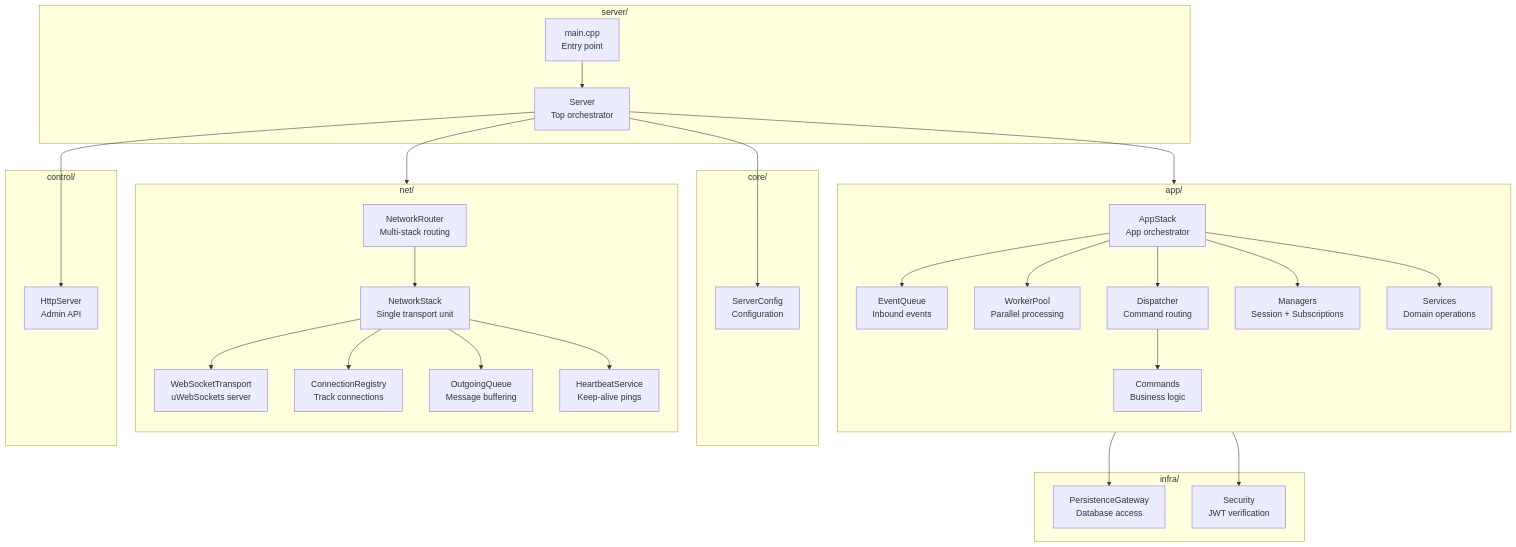
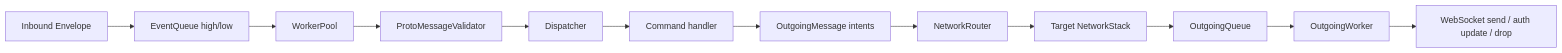
Before and after one commit to bilalkah/kergit-server: the third of 3 diagrams in architecture/system_overview.md, drawn with Mermaid. The commit also changed other lines of this file and 4 other files, not shown here.

````diff
--- a/architecture/system_overview.md
+++ b/architecture/system_overview.md
@@ -215,63 +108,14 @@
 ```mermaid
-flowchart TB
-    subgraph server["server/"]
-        MAIN[main.cpp<br/>Entry point]
-        SRV[Server<br/>Top orchestrator]
-    end
-
-    subgraph core["core/"]
-        CFG[ServerConfig<br/>Configuration]
-    end
-
-    subgraph net["net/"]
-        direction TB
-        NR[NetworkRouter<br/>Multi-stack routing]
-        NS[NetworkStack<br/>Single transport unit]
-        CR[ConnectionRegistry<br/>Track connections]
-        OQ[OutgoingQueue<br/>Message buffering]
-        WS[WebSocketTransport<br/>uWebSockets server]
-        HB[HeartbeatService<br/>Keep-alive pings]
-    end
-
-    subgraph app["app/"]
-        direction TB
-        AS[AppStack<br/>App orchestrator]
-        EQ[EventQueue<br/>Inbound events]
-        WP[WorkerPool<br/>Parallel processing]
-        DISP[Dispatcher<br/>Command routing]
-        CMDS[Commands<br/>Business logic]
-        MGR[Managers<br/>Session + Subscriptions]
-        SVC[Services<br/>Domain operations]
-    end
-
-    subgraph infra["infra/"]
-        PG[PersistenceGateway<br/>Database access]
-        SEC[Security<br/>JWT verification]
-    end
-
-    subgraph control["control/"]
-        HTTP[HttpServer<br/>Admin API]
-    end
-
-    %% Relationships
-    MAIN --> SRV
-    SRV --> AS
-    SRV --> NR
-    SRV --> HTTP
-    SRV --> CFG
-
-    NR --> NS
-    NS --> WS
-    NS --> CR
-    NS --> OQ
-    NS --> HB
-
-    AS --> EQ
-    AS --> WP
-    AS --> DISP
-    DISP --> CMDS
-    AS --> MGR
-    AS --> SVC
-    SVC --> PG
-    AS --> SEC
+flowchart LR
+    IN[Inbound Envelope] --> EQ[EventQueue high/low]
+    EQ --> WP[WorkerPool]
+    WP --> PV[ProtoMessageValidator]
+    PV --> DISP[Dispatcher]
+    DISP --> CMD[Command handler]
+    CMD --> OUT[OutgoingMessage intents]
+    OUT --> ROUTER[NetworkRouter]
+    ROUTER --> NS[Target NetworkStack]
+    NS --> OQ[OutgoingQueue]
+    OQ --> OW[OutgoingWorker]
+    OW --> WS[WebSocket send / auth update / drop]
 ```
````
